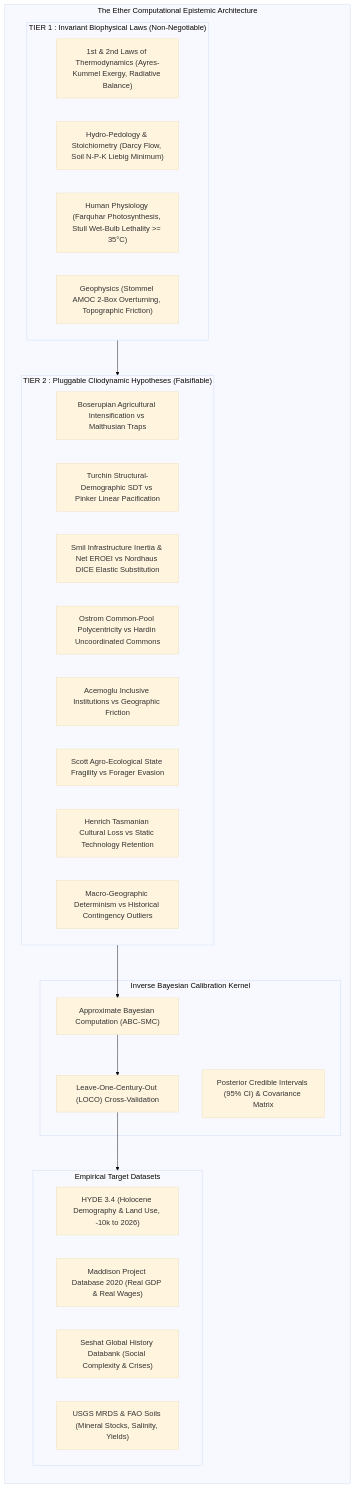
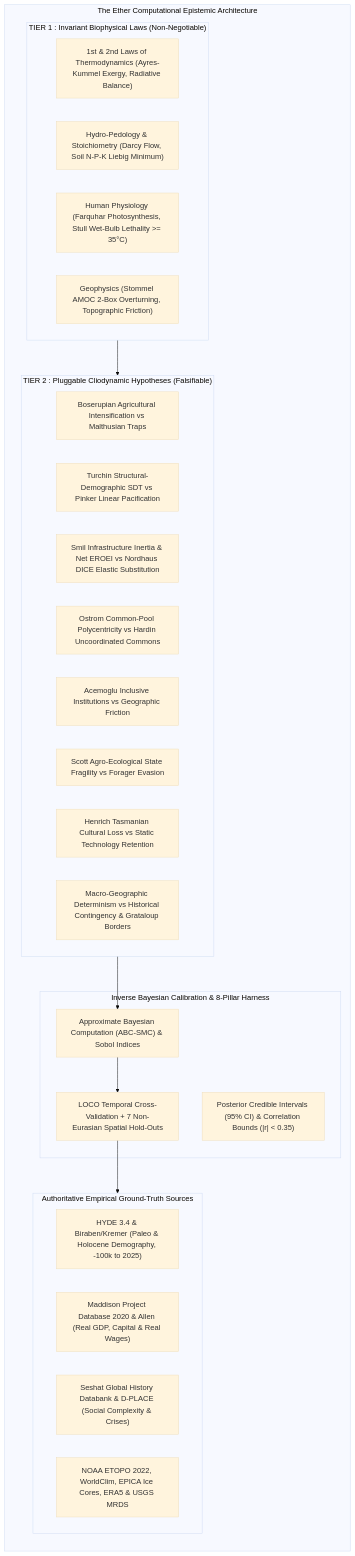
Before and after one commit to silveremartin-dev/Ether: the first of 3 diagrams in docs/paper/ACADEMIC_PAPER_PLANETARY_CLIODYNAMICS_FALSIFICATION.md, drawn with Mermaid (base theme). The commit also changed other lines of this file and 137 other files, not shown here.

````diff
--- a/docs/paper/ACADEMIC_PAPER_PLANETARY_CLIODYNAMICS_FALSIFICATION.md
+++ b/docs/paper/ACADEMIC_PAPER_PLANETARY_CLIODYNAMICS_FALSIFICATION.md
@@ -35,41 +35,41 @@
 ```mermaid
 flowchart TD
     subgraph EpistemicLab ["The Ether Computational Epistemic Architecture"]
         direction TB
         subgraph T1 ["TIER 1 : Invariant Biophysical Laws (Non-Negotiable)"]
             T1_1["1st & 2nd Laws of Thermodynamics (Ayres-Kummel Exergy, Radiative Balance)"]
             T1_2["Hydro-Pedology & Stoichiometry (Darcy Flow, Soil N-P-K Liebig Minimum)"]
             T1_3["Human Physiology (Farquhar Photosynthesis, Stull Wet-Bulb Lethality >= 35°C)"]
             T1_4["Geophysics (Stommel AMOC 2-Box Overturning, Topographic Friction)"]
         end
 
         subgraph T2 ["TIER 2 : Pluggable Cliodynamic Hypotheses (Falsifiable)"]
             T2_1["Boserupian Agricultural Intensification vs Malthusian Traps"]
             T2_2["Turchin Structural-Demographic SDT vs Pinker Linear Pacification"]
             T2_3["Smil Infrastructure Inertia & Net EROEI vs Nordhaus DICE Elastic Substitution"]
             T2_4["Ostrom Common-Pool Polycentricity vs Hardin Uncoordinated Commons"]
             T2_5["Acemoglu Inclusive Institutions vs Geographic Friction"]
             T2_6["Scott Agro-Ecological State Fragility vs Forager Evasion"]
             T2_7["Henrich Tasmanian Cultural Loss vs Static Technology Retention"]
-            T2_8["Macro-Geographic Determinism vs Historical Contingency Outliers"]
+            T2_8["Macro-Geographic Determinism vs Historical Contingency & Grataloup Borders"]
         end
 
-        subgraph InverseInference ["Inverse Bayesian Calibration Kernel"]
-            ABC["Approximate Bayesian Computation (ABC-SMC)"]
-            MCMC["Posterior Credible Intervals (95% CI) & Covariance Matrix"]
-            LOCO["Leave-One-Century-Out (LOCO) Cross-Validation"]
+        subgraph InverseInference ["Inverse Bayesian Calibration & 8-Pillar Harness"]
+            ABC["Approximate Bayesian Computation (ABC-SMC) & Sobol Indices"]
+            MCMC["Posterior Credible Intervals (95% CI) & Correlation Bounds (|r| < 0.35)"]
+            LOCO["LOCO Temporal Cross-Validation + 7 Non-Eurasian Spatial Hold-Outs"]
         end
 
-        subgraph Benchmarks ["Empirical Target Datasets"]
-            B1["HYDE 3.4 (Holocene Demography & Land Use, -10k to 2026)"]
-            B2["Maddison Project Database 2020 (Real GDP & Real Wages)"]
-            B3["Seshat Global History Databank (Social Complexity & Crises)"]
-            B4["USGS MRDS & FAO Soils (Mineral Stocks, Salinity, Yields)"]
+        subgraph Benchmarks ["Authoritative Empirical Ground-Truth Sources"]
+            B1["HYDE 3.4 & Biraben/Kremer (Paleo & Holocene Demography, -100k to 2025)"]
+            B2["Maddison Project Database 2020 & Allen (Real GDP, Capital & Real Wages)"]
+            B3["Seshat Global History Databank & D-PLACE (Social Complexity & Crises)"]
+            B4["NOAA ETOPO 2022, WorldClim, EPICA Ice Cores, ERA5 & USGS MRDS"]
         end
 
         T1 --> T2
         T2 --> ABC
         ABC --> LOCO
         LOCO --> Benchmarks
     end
 ```
````
